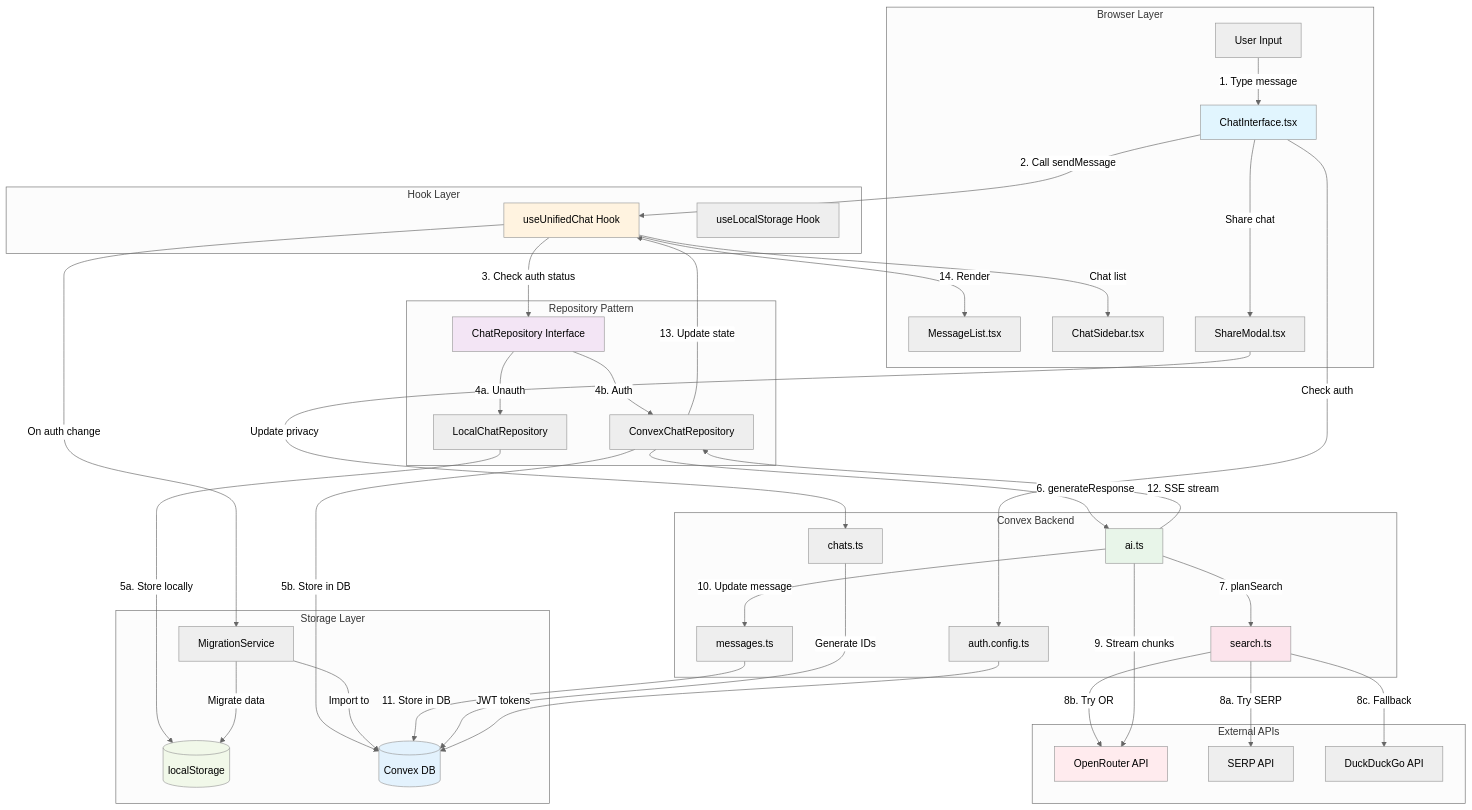
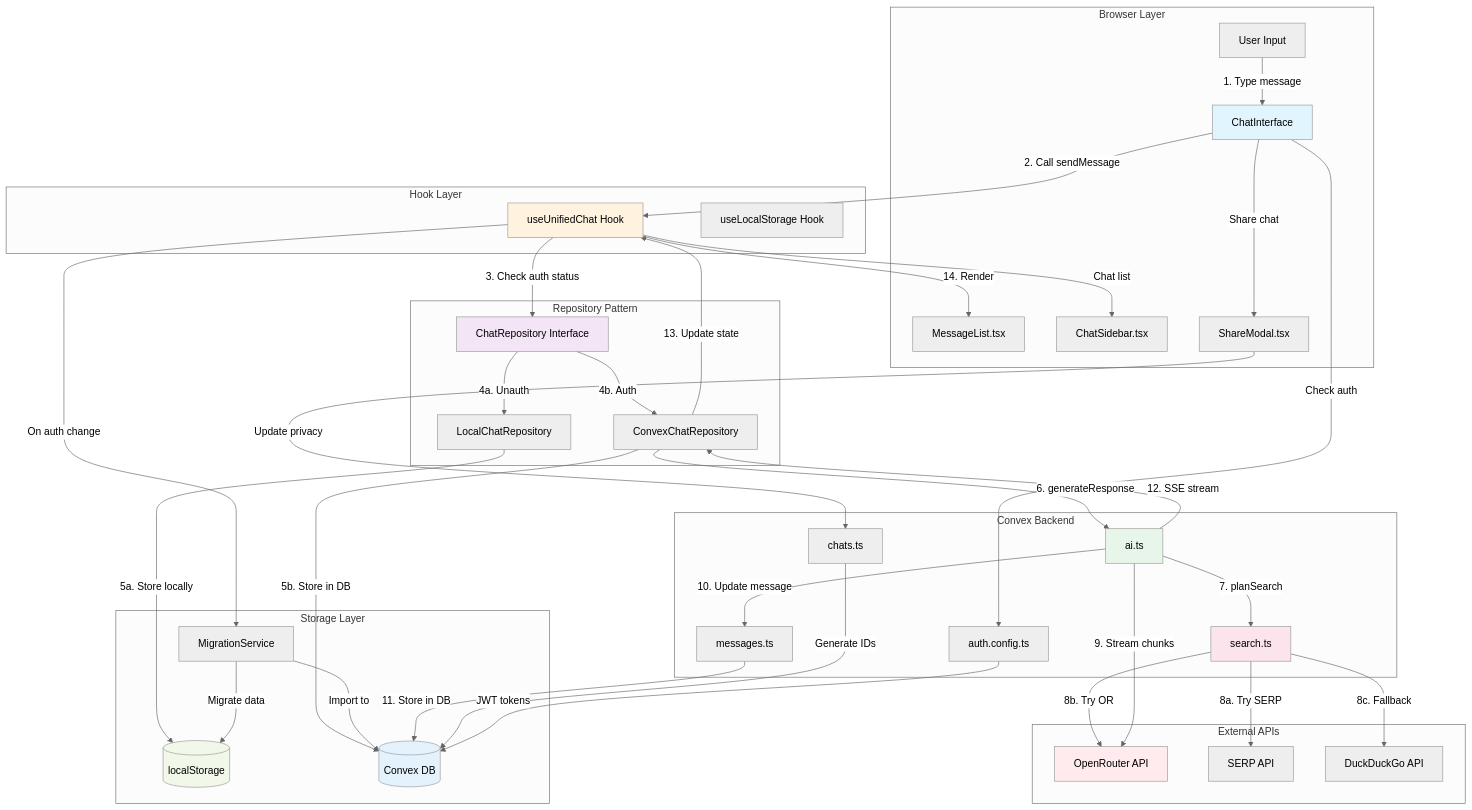
The diagram in docs/domains/chat.mmd (WilliamAGH/searchai), drawn with Mermaid (neutral theme) before and after one commit. The commit also changed 22 other files, not shown here.

```diff
--- a/docs/domains/chat.mmd
+++ b/docs/domains/chat.mmd
@@ -1,96 +1,96 @@
 graph TB
     subgraph "Browser Layer"
         U[User Input]
-        CI[ChatInterface.tsx]
+        CI[ChatInterface]
         ML[MessageList.tsx]
         CS[ChatSidebar.tsx]
         SM[ShareModal.tsx]
     end
 
     subgraph "Hook Layer"
         UCH[useUnifiedChat Hook]
         ULS[useLocalStorage Hook]
     end
 
     subgraph "Repository Pattern"
         CR[ChatRepository Interface]
         LCR[LocalChatRepository]
         CCR[ConvexChatRepository]
     end
 
     subgraph "Storage Layer"
         LS[(localStorage)]
         CD[(Convex DB)]
         MS[MigrationService]
     end
 
     subgraph "Convex Backend"
         CA[chats.ts]
         MA[messages.ts]
         AI[ai.ts]
         SA[search.ts]
         AUTH[auth.config.ts]
     end
 
     subgraph "External APIs"
         OR[OpenRouter API]
         SERP[SERP API]
         DDG[DuckDuckGo API]
     end
 
     %% User flow
     U --"1. Type message"--> CI
     CI --"2. Call sendMessage"--> UCH
     UCH --"3. Check auth status"--> CR
     
     %% Repository routing
     CR --"4a. Unauth"--> LCR
     CR --"4b. Auth"--> CCR
     
     %% Storage operations
     LCR --"5a. Store locally"--> LS
     CCR --"5b. Store in DB"--> CD
     
     %% Migration flow
     UCH --"On auth change"--> MS
     MS --"Migrate data"--> LS
     MS --"Import to"--> CD
     
     %% Backend flow for authenticated users
     CCR --"6. generateResponse"--> AI
     AI --"7. planSearch"--> SA
     SA --"8a. Try SERP"--> SERP
     SA --"8b. Try OR"--> OR
     SA --"8c. Fallback"--> DDG
     
     %% AI generation
     AI --"9. Stream chunks"--> OR
     AI --"10. Update message"--> MA
     MA --"11. Store in DB"--> CD
     
     %% Response flow
     AI --"12. SSE stream"--> CCR
     CCR --"13. Update state"--> UCH
     UCH --"14. Render"--> ML
     
     %% Share flow
     CI --"Share chat"--> SM
     SM --"Update privacy"--> CA
     CA --"Generate IDs"--> CD
     
     %% Sidebar updates
     UCH --"Chat list"--> CS
     
     %% Auth flow
     CI --"Check auth"--> AUTH
     AUTH --"JWT tokens"--> CD
 
     %% Styling
     style CI fill:#e1f5fe
     style UCH fill:#fff3e0
     style CR fill:#f3e5f5
     style AI fill:#e8f5e9
     style SA fill:#fce4ec
     style OR fill:#ffebee
     style CD fill:#e3f2fd
     style LS fill:#f1f8e9
```
